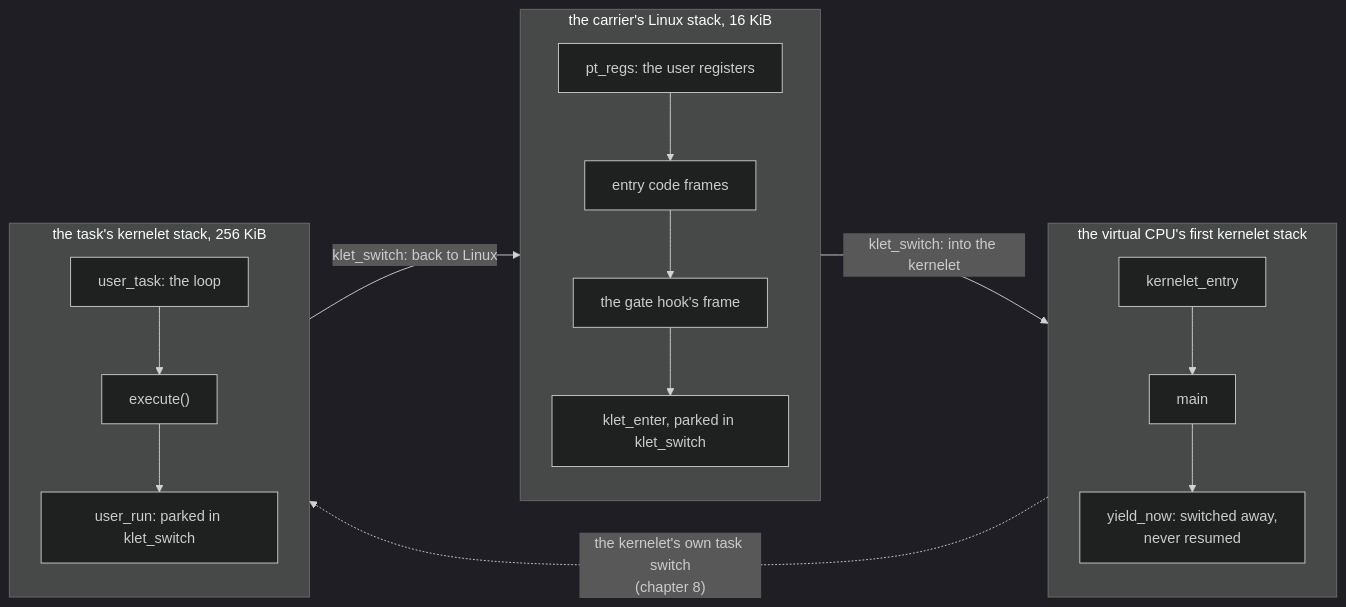
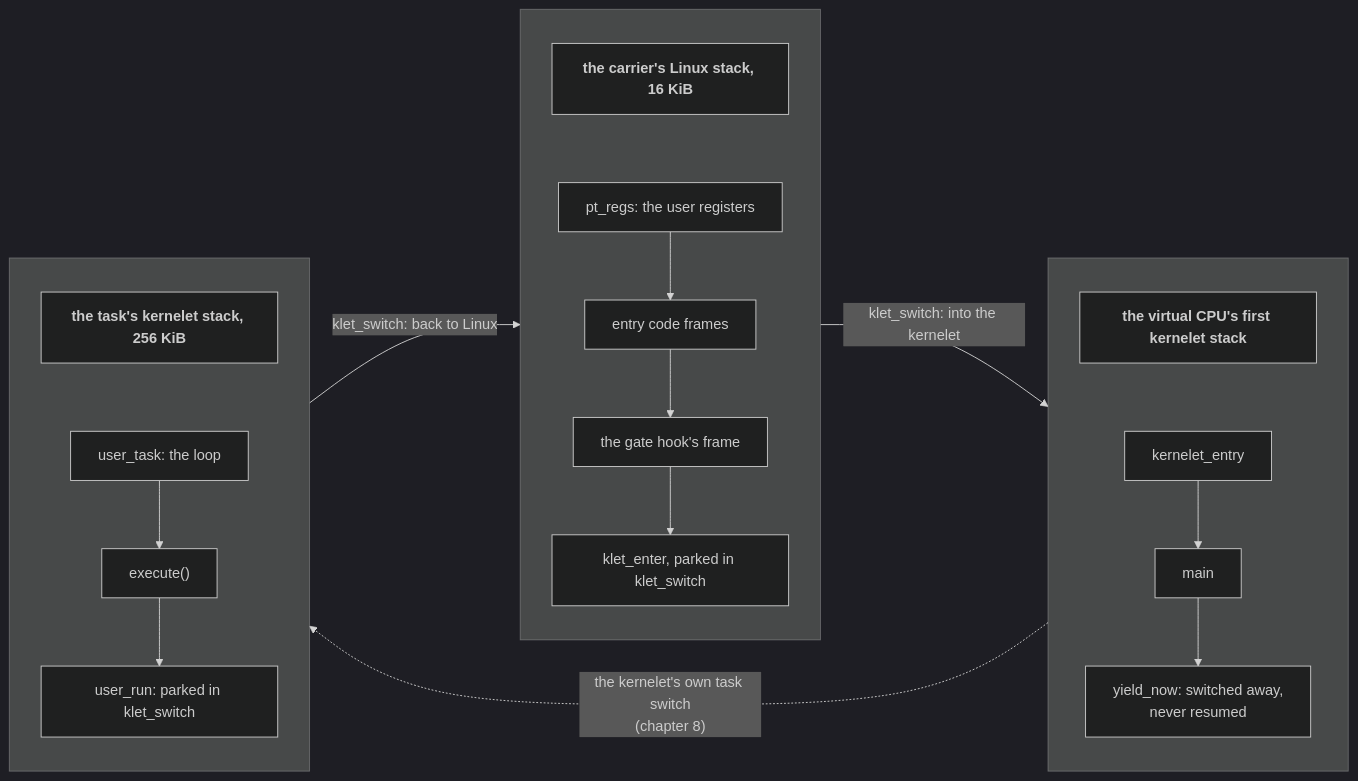
Before and after one commit to Plucky923/kernelet: the diagram in src/two-stacks.md, drawn with Mermaid (dark theme). The commit also changed other lines of this file and 41 other files, not shown here.

````diff
--- a/src/two-stacks.md
+++ b/src/two-stacks.md
@@ -17,18 +17,18 @@
 ```mermaid
 flowchart LR
-    subgraph L["the carrier's Linux stack, 16 KiB"]
+    subgraph L[" "]
         direction TB
-        l1["pt_regs: the user registers"] --> l2["entry code frames"] --> l3["the gate hook's frame"] --> l4["klet_enter, parked in klet_switch"]
+        l0["<b>the carrier's Linux stack, 16 KiB</b>"] ~~~ l1["pt_regs: the user registers"] --> l2["entry code frames"] --> l3["the gate hook's frame"] --> l4["klet_enter, parked in klet_switch"]
     end
-    subgraph B["the virtual CPU's first kernelet stack"]
+    subgraph B[" "]
         direction TB
-        b1["kernelet_entry"] --> b2["main"] --> b3["yield_now: switched away,<br/>never resumed"]
+        b0["<b>the virtual CPU's first kernelet stack</b>"] ~~~ b1["kernelet_entry"] --> b2["main"] --> b3["yield_now: switched away,<br/>never resumed"]
     end
-    subgraph K["the task's kernelet stack, 256 KiB"]
+    subgraph K[" "]
         direction TB
-        k1["user_task: the loop"] --> k2["execute()"] --> k3["user_run: parked in klet_switch"]
+        k0["<b>the task's kernelet stack, 256 KiB</b>"] ~~~ k1["user_task: the loop"] --> k2["execute()"] --> k3["user_run: parked in klet_switch"]
     end
     L -- "klet_switch: into the kernelet" --> B
     B -. "the kernelet's own task switch<br/>(chapter 8)" .-> K
     K -- "klet_switch: back to Linux" --> L
 ```
````
